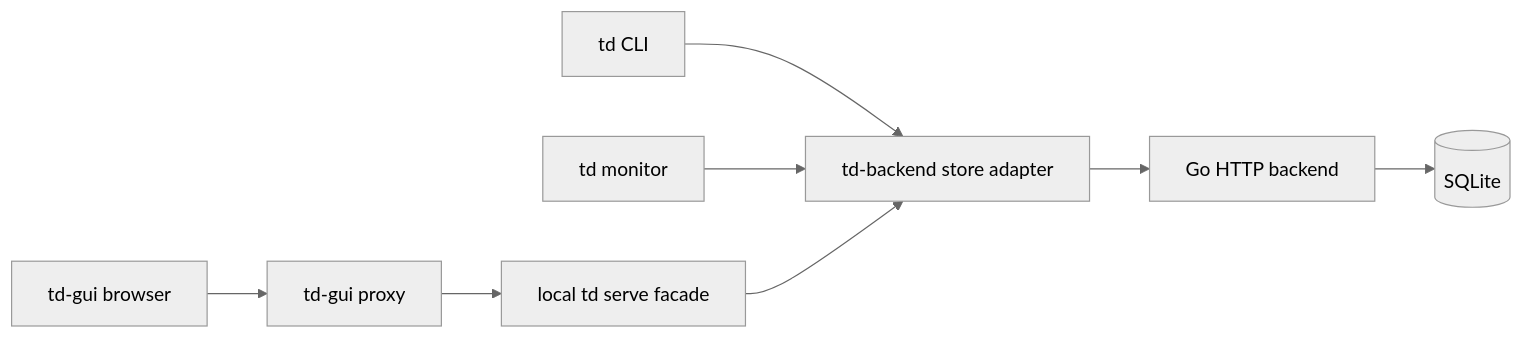
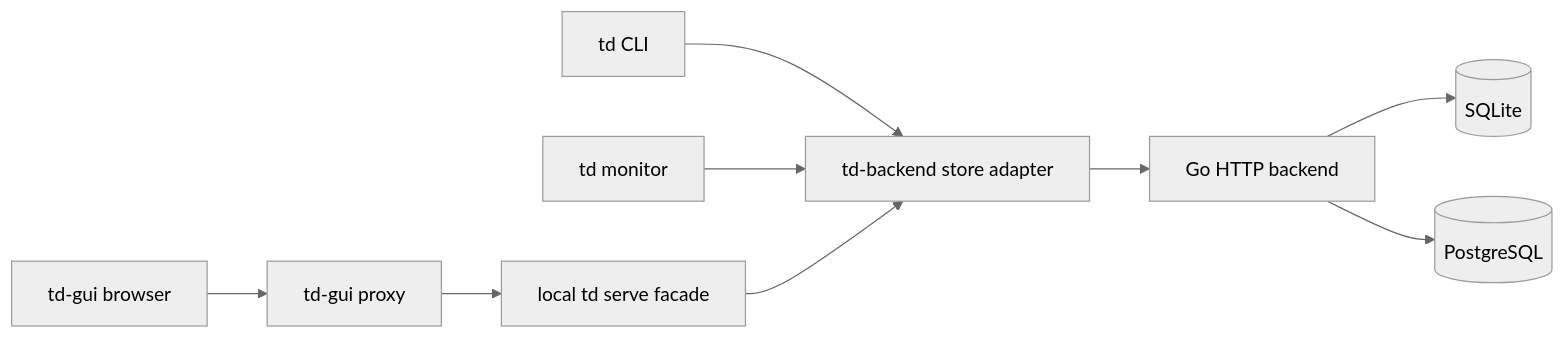
One commit to yoophi/td-backend changed the diagram in README.md. Above: the diagram before and after it, drawn with Mermaid (neutral theme). The commit also changed other lines of this file and 32 other files, not shown here.

Commit message:
feat: add selectable PostgreSQL storage engine

````diff
--- a/README.md
+++ b/README.md
@@ -40,10 +51,11 @@
 ```mermaid
 flowchart LR
     CLI[td CLI] --> Client[td-backend store adapter]
     Monitor[td monitor] --> Client
     GUI[td-gui browser] --> Proxy[td-gui proxy]
     Proxy --> Serve[local td serve facade]
     Serve --> Client
     Client --> Backend[Go HTTP backend]
     Backend --> SQLite[(SQLite)]
+    Backend --> PostgreSQL[(PostgreSQL)]
 ```
````
